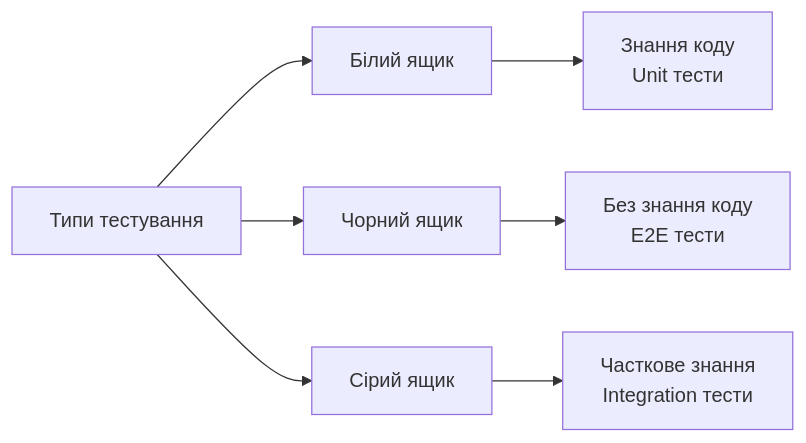
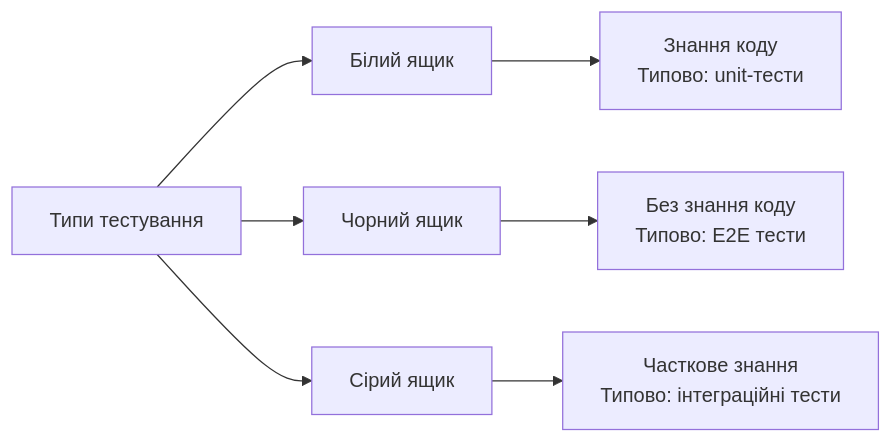
One commit to olroi421/course-opi-v2 changed the first of 9 diagrams in presentations/presentation-12.md. Above: the diagram before and after it, drawn with Mermaid. The commit also changed other lines of this file and 9 other files, not shown here.

````diff
--- a/presentations/presentation-12.md
+++ b/presentations/presentation-12.md
@@ -42,10 +55,10 @@
 ```mermaid
 graph LR
     A[Типи тестування] --> B[Білий ящик]
     A --> C[Чорний ящик]
     A --> D[Сірий ящик]
 
-    B --> E[Знання коду<br/>Unit тести]
-    C --> F[Без знання коду<br/>E2E тести]
-    D --> G[Часткове знання<br/>Integration тести]
+    B --> E[Знання коду<br/>Типово: unit-тести]
+    C --> F[Без знання коду<br/>Типово: E2E тести]
+    D --> G[Часткове знання<br/>Типово: інтеграційні тести]
 ```
````
